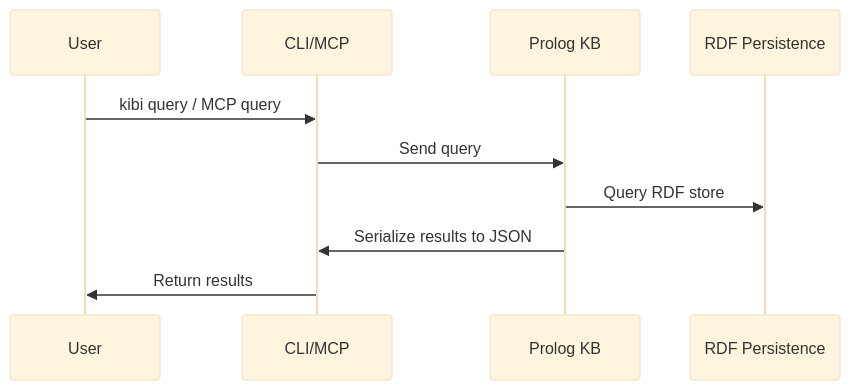
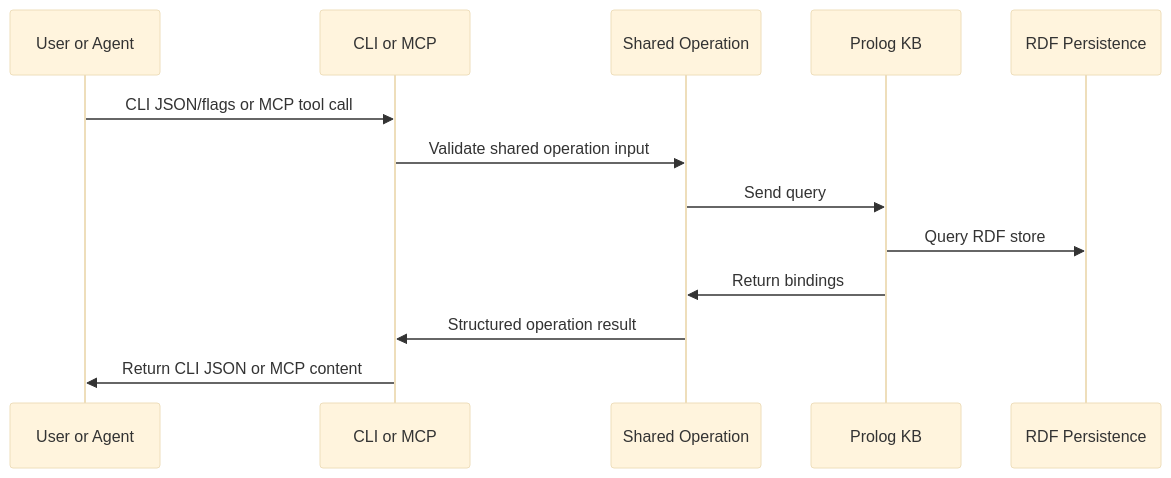
The third of 3 diagrams in docs/architecture.md (Looted/kibi), drawn with Mermaid (base theme) before and after one commit. The commit also changed other lines of this file and 40 other files, not shown here.

Commit message:
chore(release): version the MCP CLI parity rollout

````diff
--- a/docs/architecture.md
+++ b/docs/architecture.md
@@ -96,12 +98,15 @@
 ```mermaid
 sequenceDiagram
-    participant User as User
-    participant CLI as CLI/MCP
+    participant User as User or Agent
+    participant Surface as CLI or MCP
+    participant Ops as Shared Operation
     participant KB as Prolog KB
     participant RDF as RDF Persistence
-    User->>CLI: kibi query / MCP query
-    CLI->>KB: Send query
+    User->>Surface: CLI JSON/flags or MCP tool call
+    Surface->>Ops: Validate shared operation input
+    Ops->>KB: Send query
     KB->>RDF: Query RDF store
-    KB->>CLI: Serialize results to JSON
-    CLI->>User: Return results
+    KB->>Ops: Return bindings
+    Ops->>Surface: Structured operation result
+    Surface->>User: Return CLI JSON or MCP content
 ```
````
